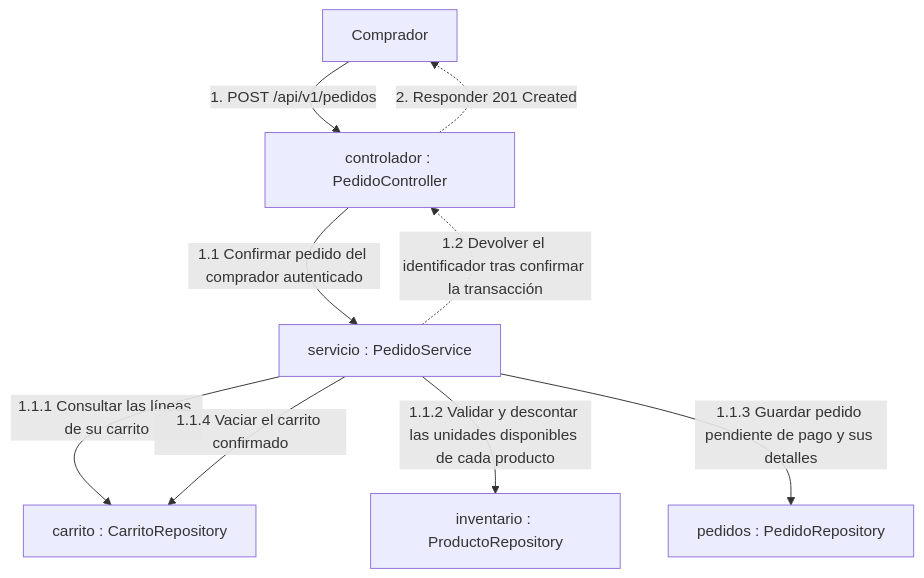
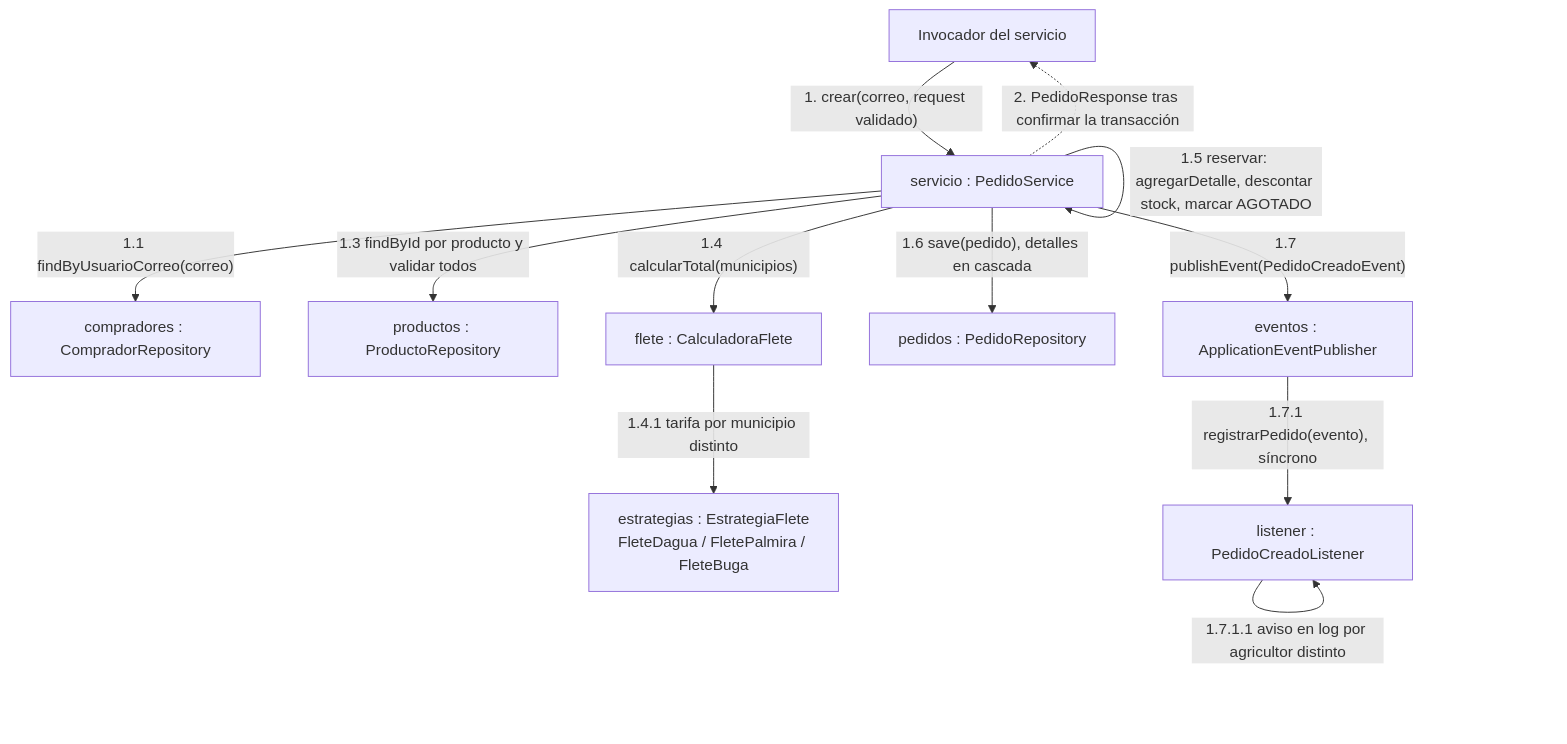
Before and after one commit to Angel-uniajc/AgrovalleConnect: the fifth of 7 diagrams in docs/architecture/diagramas-uml.md, drawn with Mermaid. The commit also changed other lines of this file and 1 other file, not shown here.

Commit message:
docs(T08-HU12): actualizar secuencia y colaboración del pedido

````diff
--- a/docs/architecture/diagramas-uml.md
+++ b/docs/architecture/diagramas-uml.md
@@ -166,18 +166,24 @@
 ```mermaid
 flowchart TB
-    B["Comprador"]
-    C["controlador : PedidoController"]
+    E["Invocador del servicio"]
     S["servicio : PedidoService"]
-    K["carrito : CarritoRepository"]
-    I["inventario : ProductoRepository"]
+    C["compradores : CompradorRepository"]
+    R["productos : ProductoRepository"]
+    F["flete : CalculadoraFlete"]
+    EF["estrategias : EstrategiaFlete<br/>FleteDagua / FletePalmira / FleteBuga"]
     P["pedidos : PedidoRepository"]
-
-    B -->|"1. POST /api/v1/pedidos"| C
-    C -->|"1.1 Confirmar pedido del comprador autenticado"| S
-    S -->|"1.1.1 Consultar las líneas de su carrito"| K
-    S -->|"1.1.2 Validar y descontar las unidades disponibles de cada producto"| I
-    S -->|"1.1.3 Guardar pedido pendiente de pago y sus detalles"| P
-    S -->|"1.1.4 Vaciar el carrito confirmado"| K
-    S -.->|"1.2 Devolver el identificador tras confirmar la transacción"| C
-    C -.->|"2. Responder 201 Created"| B
+    EV["eventos : ApplicationEventPublisher"]
+    L["listener : PedidoCreadoListener"]
+    E -->|"1. crear(correo, request validado)"| S
+    S -->|"1.1 findByUsuarioCorreo(correo)"| C
+    S -->|"1.2 agruparCantidades: sumar repetidos"| S
+    S -->|"1.3 findById por producto y validar todos"| R
+    S -->|"1.4 calcularTotal(municipios)"| F
+    F -->|"1.4.1 tarifa por municipio distinto"| EF
+    S -->|"1.5 reservar: agregarDetalle, descontar stock, marcar AGOTADO"| S
+    S -->|"1.6 save(pedido), detalles en cascada"| P
+    S -->|"1.7 publishEvent(PedidoCreadoEvent)"| EV
+    EV -->|"1.7.1 registrarPedido(evento), síncrono"| L
+    L -->|"1.7.1.1 aviso en log por agricultor distinto"| L
+    S -.->|"2. PedidoResponse tras confirmar la transacción"| E
 ```
````
